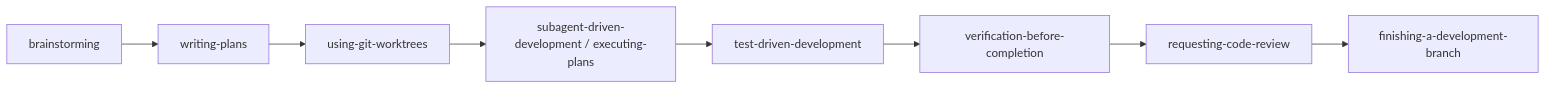
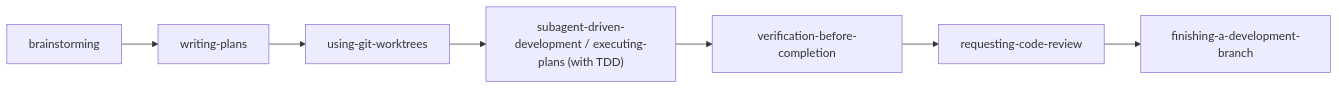
The first of 4 diagrams in docs/skill-compositions.md (Poseidoncode/superpowers-mcp), drawn with Mermaid before and after one commit. The commit also changed other lines of this file and 14 other files, not shown here.

````diff
--- a/docs/skill-compositions.md
+++ b/docs/skill-compositions.md
@@ -33,10 +55,9 @@
 ```mermaid
 flowchart LR
     F1[brainstorming] --> F2[writing-plans]
     F2 --> F3[using-git-worktrees]
-    F3 --> F4[subagent-driven-development / executing-plans]
-    F4 --> F5[test-driven-development]
-    F5 --> F6[verification-before-completion]
-    F6 --> F7[requesting-code-review]
-    F7 --> F8[finishing-a-development-branch]
+    F3 --> F4["subagent-driven-development / executing-plans (with TDD)"]
+    F4 --> F5[verification-before-completion]
+    F5 --> F6[requesting-code-review]
+    F6 --> F7[finishing-a-development-branch]
 ```
````
